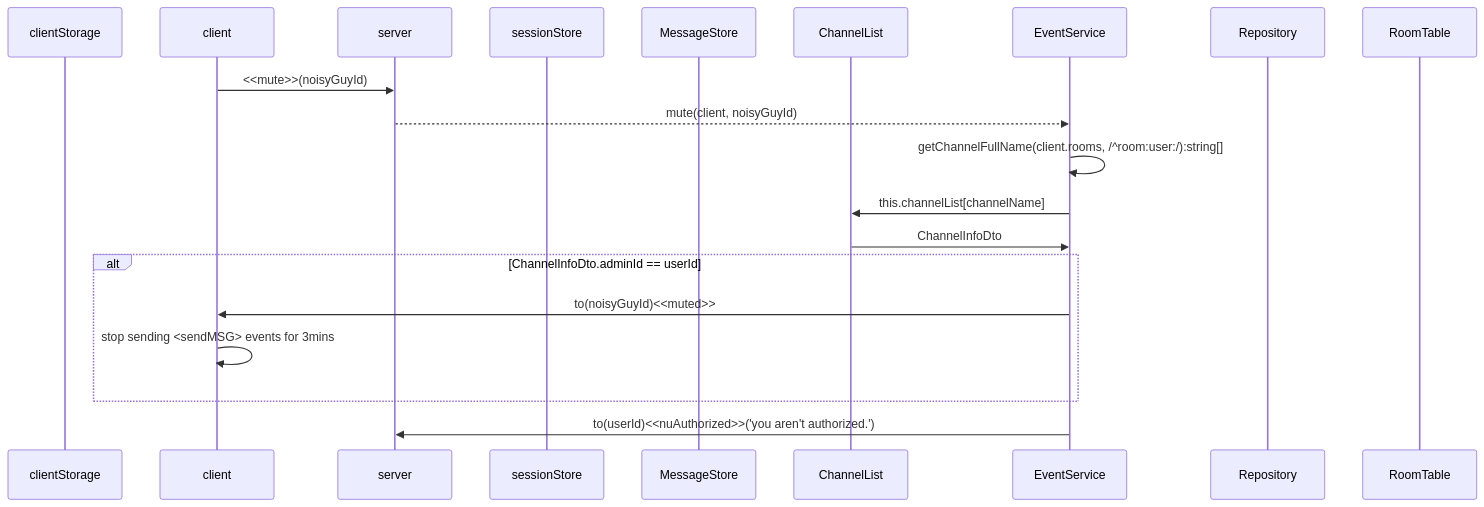
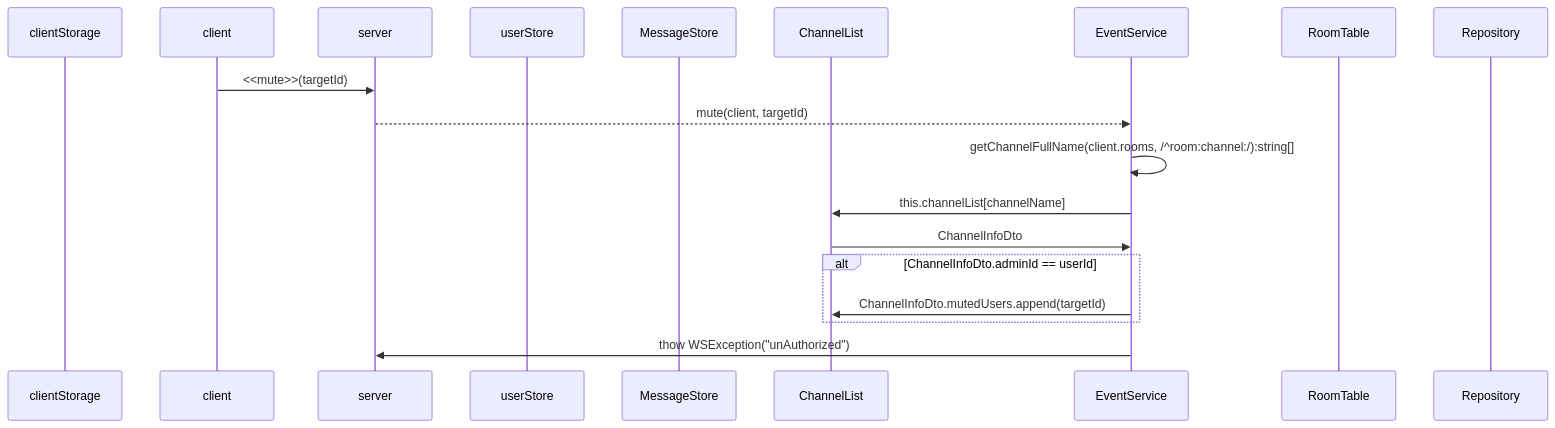
Before and after one commit to mtak0235/simmons_transcendence: diagram 14 of 19 in backend/node/app/event.md, drawn with Mermaid. The commit also changed other lines of this file, not shown here.

````diff
--- a/backend/node/app/event.md
+++ b/backend/node/app/event.md
@@ -348,23 +398,22 @@
 ```mermaid
 sequenceDiagram
 participant cls as clientStorage
 participant c as client
 participant ga as server
-participant ss as sessionStore
+participant ss as userStore
 participant ms as MessageStore
 participant cns as ChannelList
 participant cs as EventService
+participant rt as RoomTable
 participant r as Repository
-participant rt as RoomTable
 
-c->>ga: <<mute>>(noisyGuyId)
-ga-->>cs: mute(client, noisyGuyId)
-cs->>cs: getChannelFullName(client.rooms, /^room:user:/):string[]
+c->>ga: <<mute>>(targetId)
+ga-->>cs: mute(client, targetId)
+cs->>cs: getChannelFullName(client.rooms, /^room:channel:/):string[]
 cs->>cns: this.channelList[channelName]
 cns->>cs: ChannelInfoDto
 alt ChannelInfoDto.adminId == userId
-cs->>c: to(noisyGuyId)<<muted>>
-c->>c: stop sending <sendMSG> events for 3mins
+cs->>cns: ChannelInfoDto.mutedUsers.append(targetId)
 end
-cs->>ga: to(userId)<<nuAuthorized>>('you aren't authorized.')
+cs->>ga: thow WSException("unAuthorized")
 ```
````
